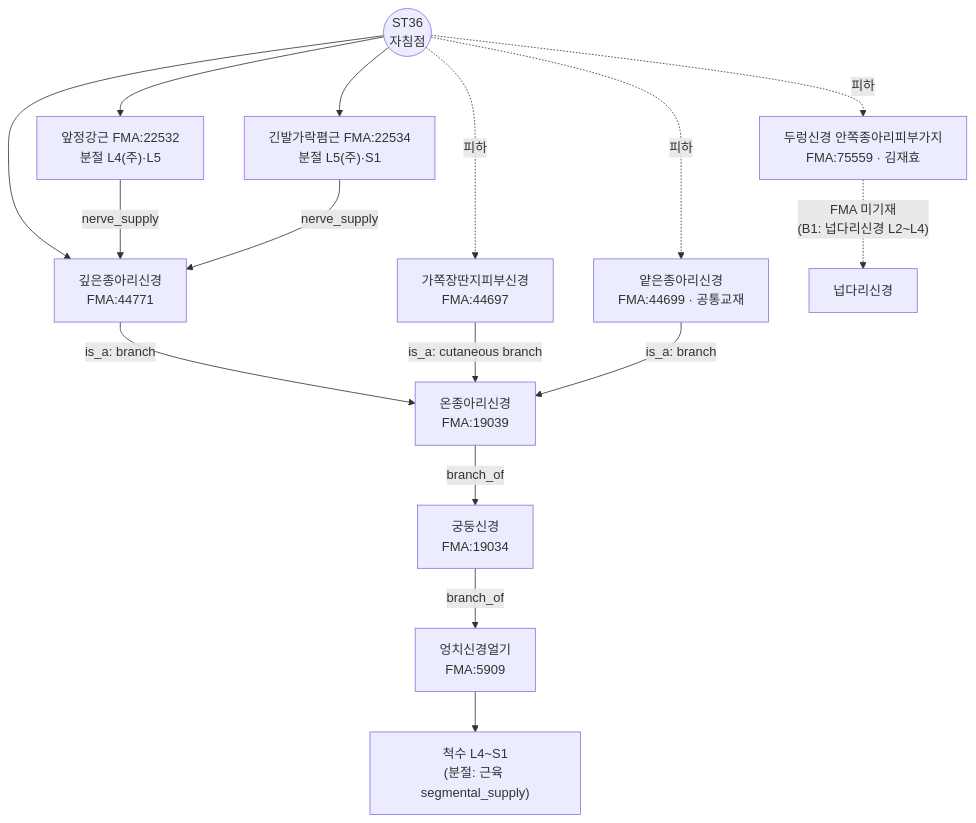
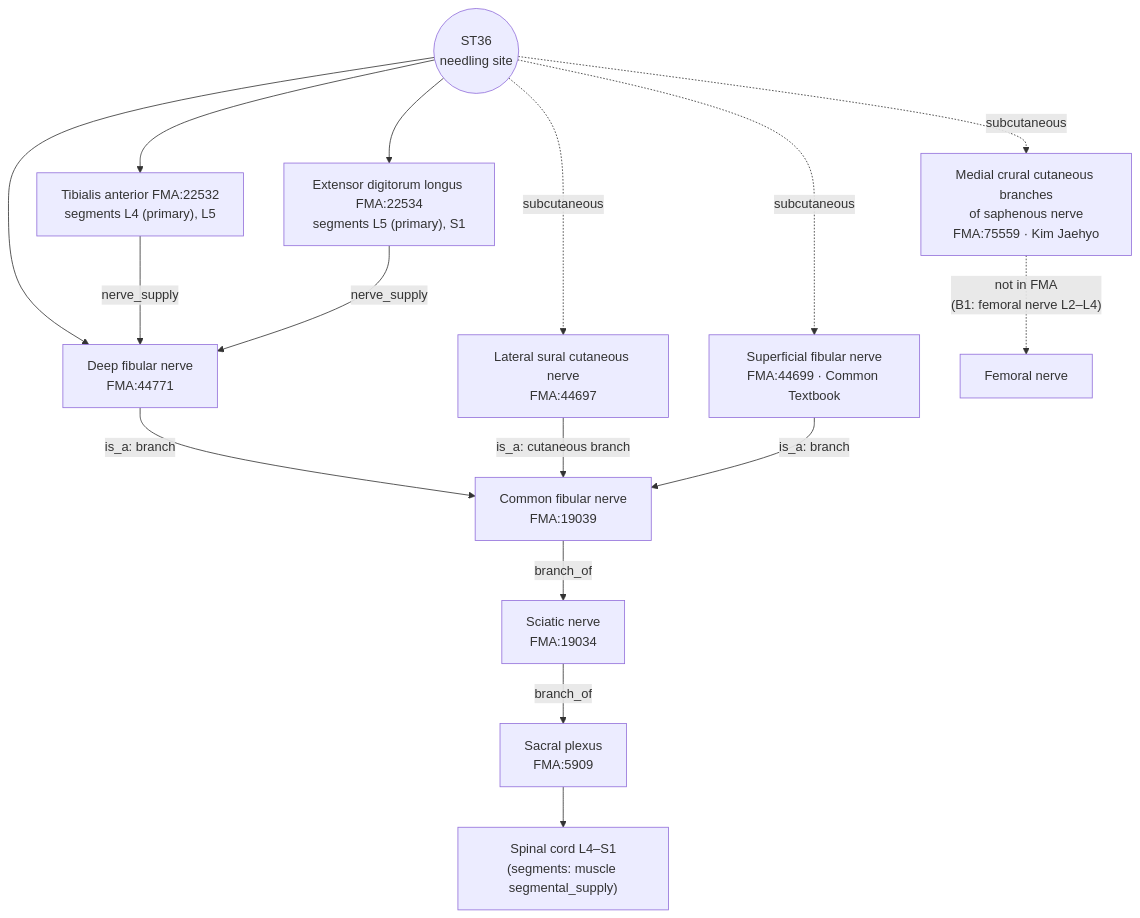
The diagram in 01_경혈별_해부생리_분석보고서/ST_족양명위경/ST36_족삼리/ST36_족삼리_해부생리_실체판명_보고서_en.md (jaehyokim-sketch/acupoint_anatomy), drawn with Mermaid before and after one commit. The commit also changed other lines of this file and 2 other files, not shown here.

````diff
--- a/01_경혈별_해부생리_분석보고서/ST_족양명위경/ST36_족삼리/ST36_족삼리_해부생리_실체판명_보고서_en.md
+++ b/01_경혈별_해부생리_분석보고서/ST_족양명위경/ST36_족삼리/ST36_족삼리_해부생리_실체판명_보고서_en.md
@@ -169,18 +173,18 @@
 ```mermaid
 flowchart TB
-  P(("ST36<br/>자침점")) --> TA["앞정강근 FMA:22532<br/>분절 L4(주)·L5"]
-  P --> EDL["긴발가락폄근 FMA:22534<br/>분절 L5(주)·S1"]
-  P --> DFN["깊은종아리신경<br/>FMA:44771"]
-  P -.피하.-> LSC["가쪽장딴지피부신경<br/>FMA:44697"]
-  P -.피하.-> SFN["얕은종아리신경<br/>FMA:44699 · 공통교재"]
-  P -.피하.-> SAPH["두렁신경 안쪽종아리피부가지<br/>FMA:75559 · 김재효"]
+  P(("ST36<br/>needling site")) --> TA["Tibialis anterior FMA:22532<br/>segments L4 (primary), L5"]
+  P --> EDL["Extensor digitorum longus FMA:22534<br/>segments L5 (primary), S1"]
+  P --> DFN["Deep fibular nerve<br/>FMA:44771"]
+  P -.subcutaneous.-> LSC["Lateral sural cutaneous nerve<br/>FMA:44697"]
+  P -.subcutaneous.-> SFN["Superficial fibular nerve<br/>FMA:44699 · Common Textbook"]
+  P -.subcutaneous.-> SAPH["Medial crural cutaneous branches<br/>of saphenous nerve<br/>FMA:75559 · Kim Jaehyo"]
   TA -- nerve_supply --> DFN
   EDL -- nerve_supply --> DFN
-  DFN -- "is_a: branch" --> CFN["온종아리신경<br/>FMA:19039"]
+  DFN -- "is_a: branch" --> CFN["Common fibular nerve<br/>FMA:19039"]
   LSC -- "is_a: cutaneous branch" --> CFN
   SFN -- "is_a: branch" --> CFN
-  CFN -- branch_of --> SCI["궁둥신경<br/>FMA:19034"]
-  SCI -- branch_of --> SAC["엉치신경얼기<br/>FMA:5909"]
-  SAC --> SEG["척수 L4~S1<br/>(분절: 근육 segmental_supply)"]
-  SAPH -. "FMA 미기재<br/>(B1: 넙다리신경 L2~L4)" .-> FEM["넙다리신경"]
+  CFN -- branch_of --> SCI["Sciatic nerve<br/>FMA:19034"]
+  SCI -- branch_of --> SAC["Sacral plexus<br/>FMA:5909"]
+  SAC --> SEG["Spinal cord L4–S1<br/>(segments: muscle segmental_supply)"]
+  SAPH -. "not in FMA<br/>(B1: femoral nerve L2–L4)" .-> FEM["Femoral nerve"]
 ```
````
